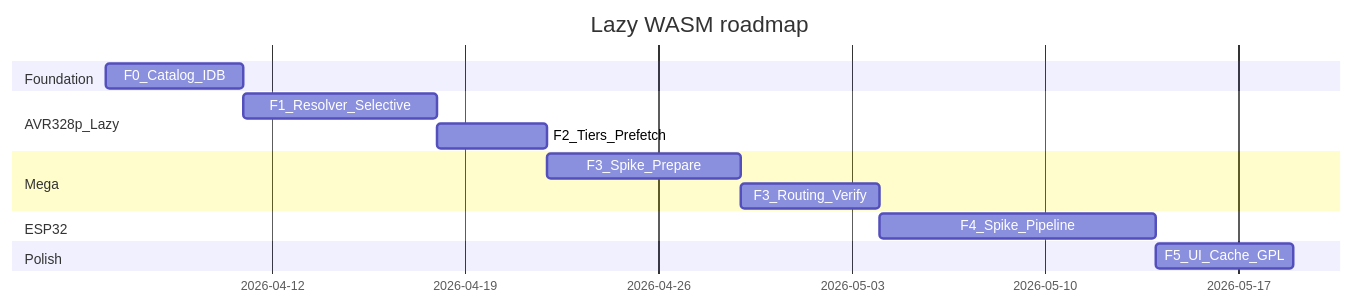
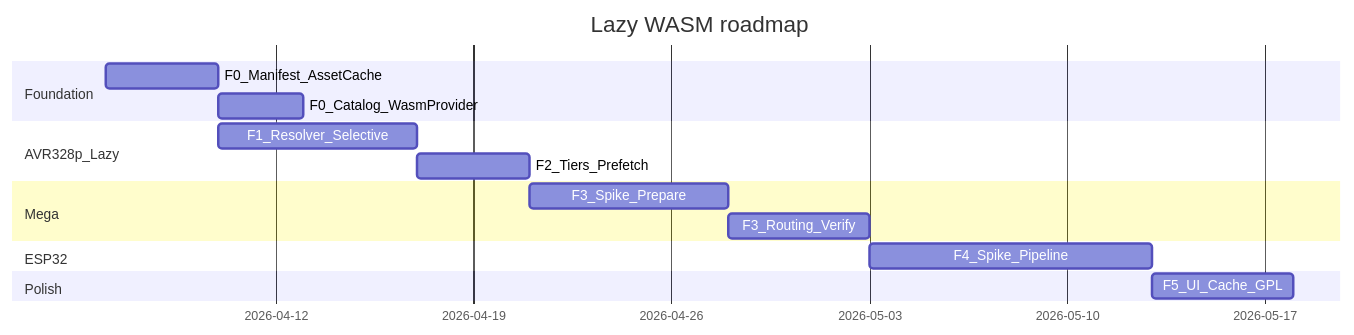
The third of 3 diagrams in .cursor/plans/lazy_wasm_multi-platform_bf1259dc.plan.md (ByByte-diy/ByByteBlockly), drawn with Mermaid before and after one commit. The commit also changed other lines of this file and 1200 other files, not shown here.

Commit message:
add lazy load wasm assets, add asset cache module and other improvements

````diff
--- a/.cursor/plans/lazy_wasm_multi-platform_bf1259dc.plan.md
+++ b/.cursor/plans/lazy_wasm_multi-platform_bf1259dc.plan.md
@@ -348,17 +578,18 @@
 ```mermaid
 gantt
   title Lazy WASM roadmap
   dateFormat YYYY-MM-DD
   section Foundation
-    F0_Catalog_IDB           :f0, 2026-04-06, 5d
+    F0_Manifest_AssetCache   :f0, 2026-04-06, 4d
+    F0_Catalog_WasmProvider  :f0b, after f0, 3d
   section AVR328p_Lazy
     F1_Resolver_Selective    :f1, after f0, 7d
     F2_Tiers_Prefetch        :f2, after f1, 4d
   section Mega
     F3_Spike_Prepare         :f3, after f2, 7d
     F3_Routing_Verify        :f3b, after f3, 5d
   section ESP32
     F4_Spike_Pipeline        :f4, after f3b, 10d
   section Polish
     F5_UI_Cache_GPL          :f5, after f4, 5d
 ```
````
